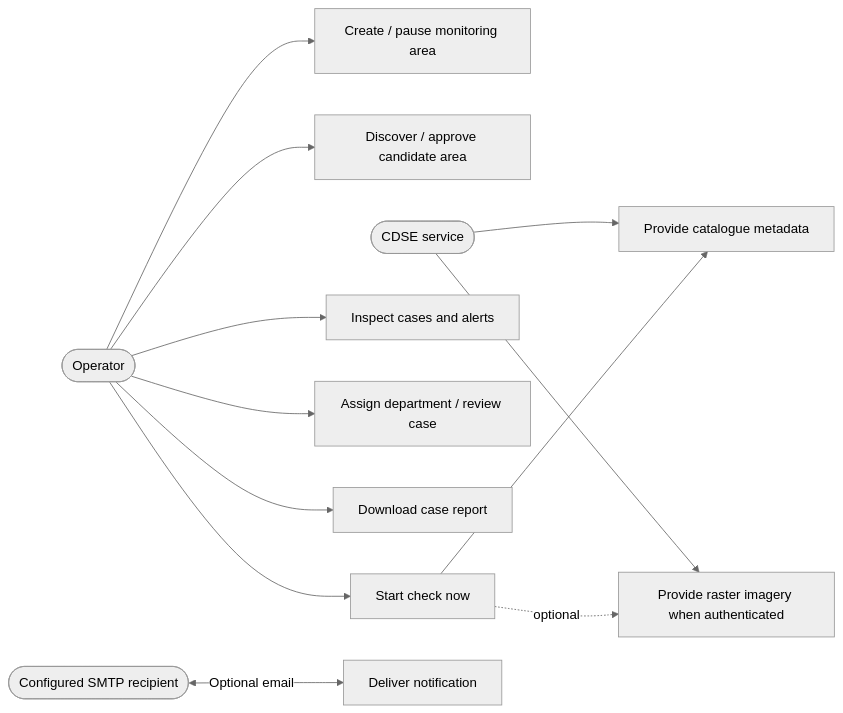
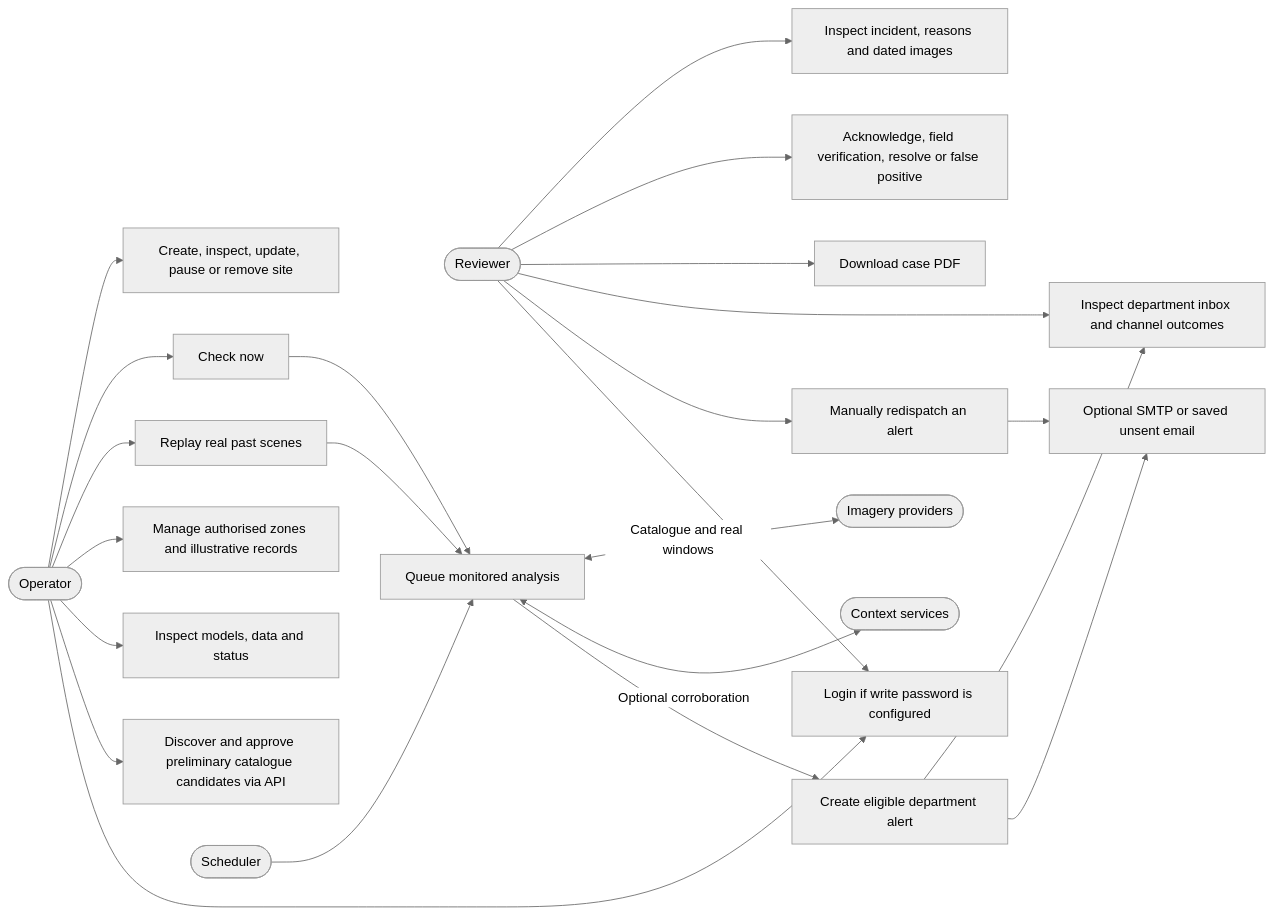
The diagram in docs/diagrams/use-case.mmd (srinidhimanjunath111-ni/SentinelWatch_Project), drawn with Mermaid (neutral theme) before and after one commit. The commit also changed 9 other files, not shown here.

Commit message:
docs: align ten system diagrams with v3 implementation

```diff
--- a/docs/diagrams/use-case.mmd
+++ b/docs/diagrams/use-case.mmd
@@ -1,12 +1,23 @@
 flowchart LR
-  O([Operator]) --> A1[Create / pause monitoring area]
-  O --> A2[Discover / approve candidate area]
-  O --> A3[Start check now]
-  O --> A4[Inspect cases and alerts]
-  O --> A5[Assign department / review case]
-  O --> A6[Download case report]
-  CDSE([CDSE service]) --> A7[Provide catalogue metadata]
-  CDSE --> A8[Provide raster imagery when authenticated]
-  MAIL([Configured SMTP recipient]) <-->|Optional email| A9[Deliver notification]
-  A3 --> A7
-  A3 -. optional .-> A8
+  O([Operator]) --> SITE[Create, inspect, update, pause or remove site]
+  O --> CHECK[Check now]
+  O --> REPLAY[Replay real past scenes]
+  O --> ZONE[Manage authorised zones and illustrative records]
+  O --> MODEL[Inspect models, data and status]
+  O --> CAND[Discover and approve preliminary catalogue candidates via API]
+  R([Reviewer]) --> INCIDENT[Inspect incident, reasons and dated images]
+  R --> STATUS[Acknowledge, field verification, resolve or false positive]
+  R --> PDF[Download case PDF]
+  R --> INBOX[Inspect department inbox and channel outcomes]
+  R --> REDIS[Manually redispatch an alert]
+  CHECK --> RUN[Queue monitored analysis]
+  REPLAY --> RUN
+  TIMER([Scheduler]) --> RUN
+  RUN <-->|Catalogue and real windows| SAT([Imagery providers])
+  RUN <-->|Optional corroboration| CTX([Context services])
+  RUN --> ALERT[Create eligible department alert]
+  ALERT --> INBOX
+  ALERT --> MAIL[Optional SMTP or saved unsent email]
+  REDIS --> MAIL
+  O --> AUTH[Login if write password is configured]
+  R --> AUTH
```
